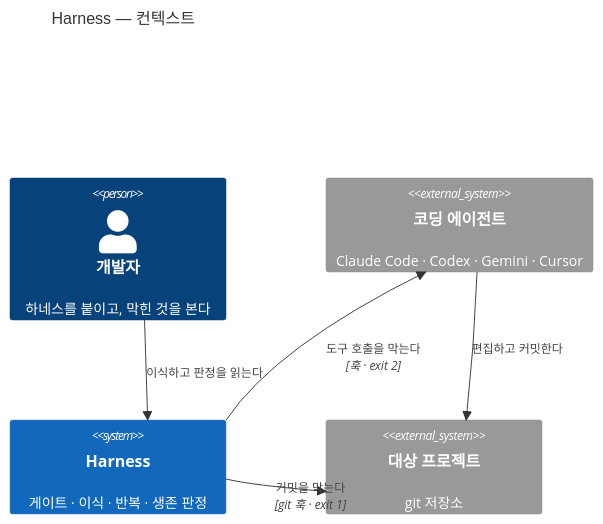
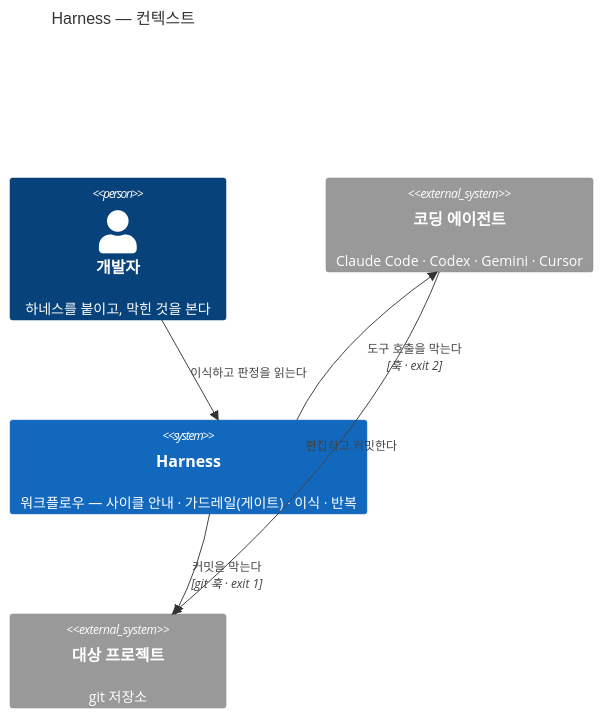
Before and after one commit to Gonu19/Harness: the first of 2 diagrams in ARCHITECTURE.md, drawn with Mermaid. The commit also changed other lines of this file and 18 other files, not shown here.

First line of the commit message:
D19·D20 — 워크플로우 하네스다: 사이클은 사실에서 다음 활동을 계산한다

````diff
--- a/ARCHITECTURE.md
+++ b/ARCHITECTURE.md
@@ -15,12 +17,13 @@
 ```mermaid
 C4Context
   title Harness — 컨텍스트
   Person(dev, "개발자", "하네스를 붙이고, 막힌 것을 본다")
   System_Ext(agent, "코딩 에이전트", "Claude Code · Codex · Gemini · Cursor")
-  System(harness, "Harness", "게이트 · 이식 · 반복 · 생존 판정")
+  System(harness, "Harness", "워크플로우 — 사이클 안내 · 가드레일(게이트) · 이식 · 반복")
   System_Ext(repo, "대상 프로젝트", "git 저장소")
   Rel(dev, harness, "이식하고 판정을 읽는다")
   Rel(agent, repo, "편집하고 커밋한다")
+  Rel(harness, agent, "다음 할 일을 알린다", "SessionStart · next")
   Rel(harness, agent, "도구 호출을 막는다", "훅 · exit 2")
   Rel(harness, repo, "커밋을 막는다", "git 훅 · exit 1")
 ```
````
